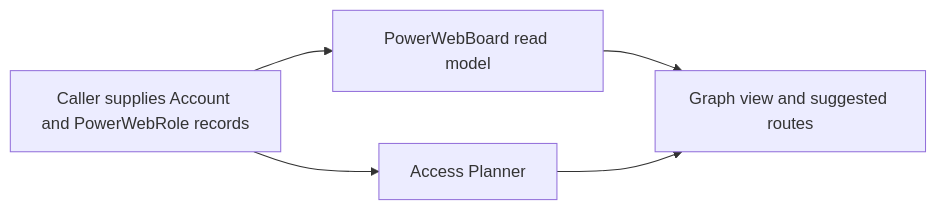
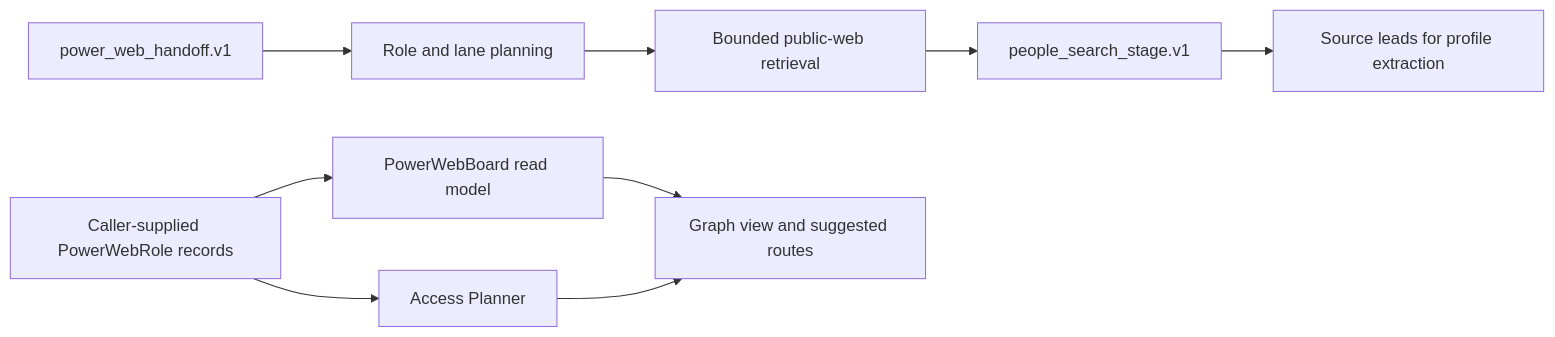
One commit to mudrezzz/power-web-os changed the diagram in docs/radar/pipelines/power-web-discovery/RADAR_POWER_WEB_DISCOVERY_AS_IS.md. Above: the diagram before and after it, drawn with Mermaid. The commit also changed other lines of this file and 43 other files, not shown here.

Commit message:
feat: add Power Web people search stage and quality roadmap

````diff
--- a/docs/radar/pipelines/power-web-discovery/RADAR_POWER_WEB_DISCOVERY_AS_IS.md
+++ b/docs/radar/pipelines/power-web-discovery/RADAR_POWER_WEB_DISCOVERY_AS_IS.md
@@ -92,11 +97,17 @@
 ```mermaid
 flowchart LR
-  Input[Caller supplies Account and PowerWebRole records]
+  Handoff[power_web_handoff.v1]
+  Plan[Role and lane planning]
+  Retrieve[Bounded public-web retrieval]
+  Stage[people_search_stage.v1]
+  Review[Source leads for profile extraction]
+  Handoff --> Plan --> Retrieve --> Stage --> Review
+  Input[Caller-supplied PowerWebRole records]
   Board[PowerWebBoard read model]
   Planner[Access Planner]
   Output[Graph view and suggested routes]
   Input --> Board
   Input --> Planner
   Board --> Output
   Planner --> Output
 ```
````
